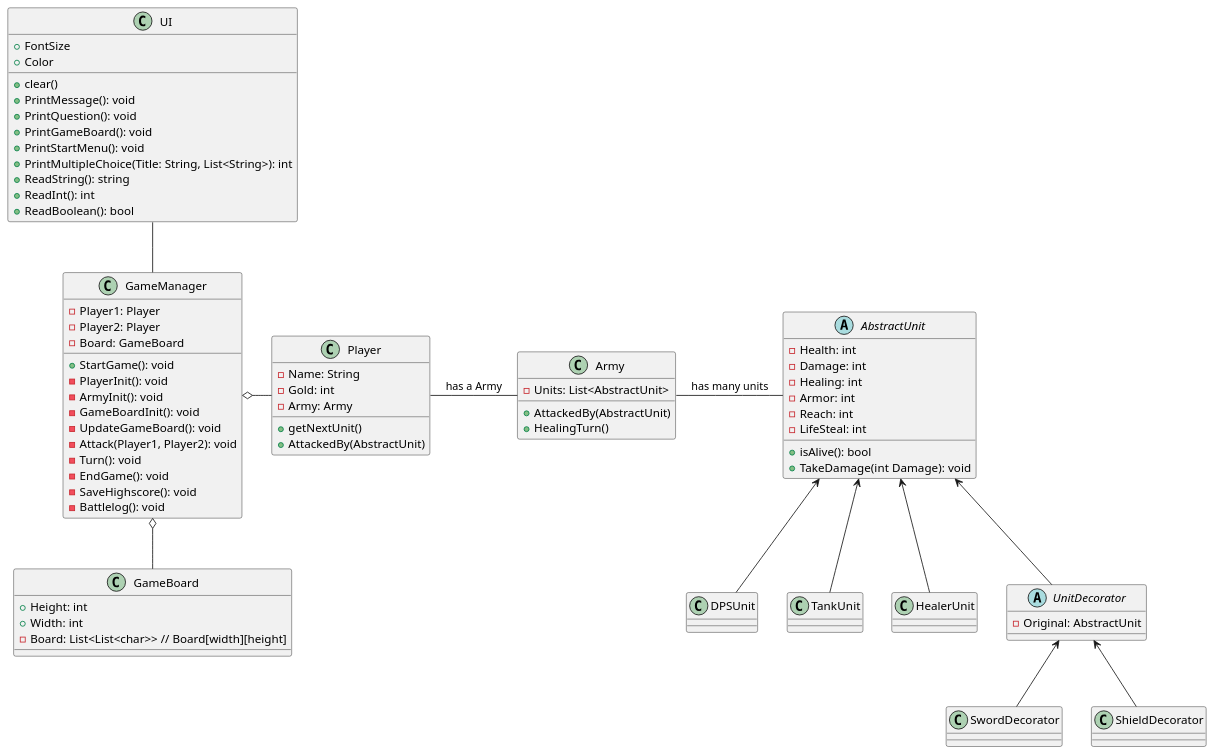
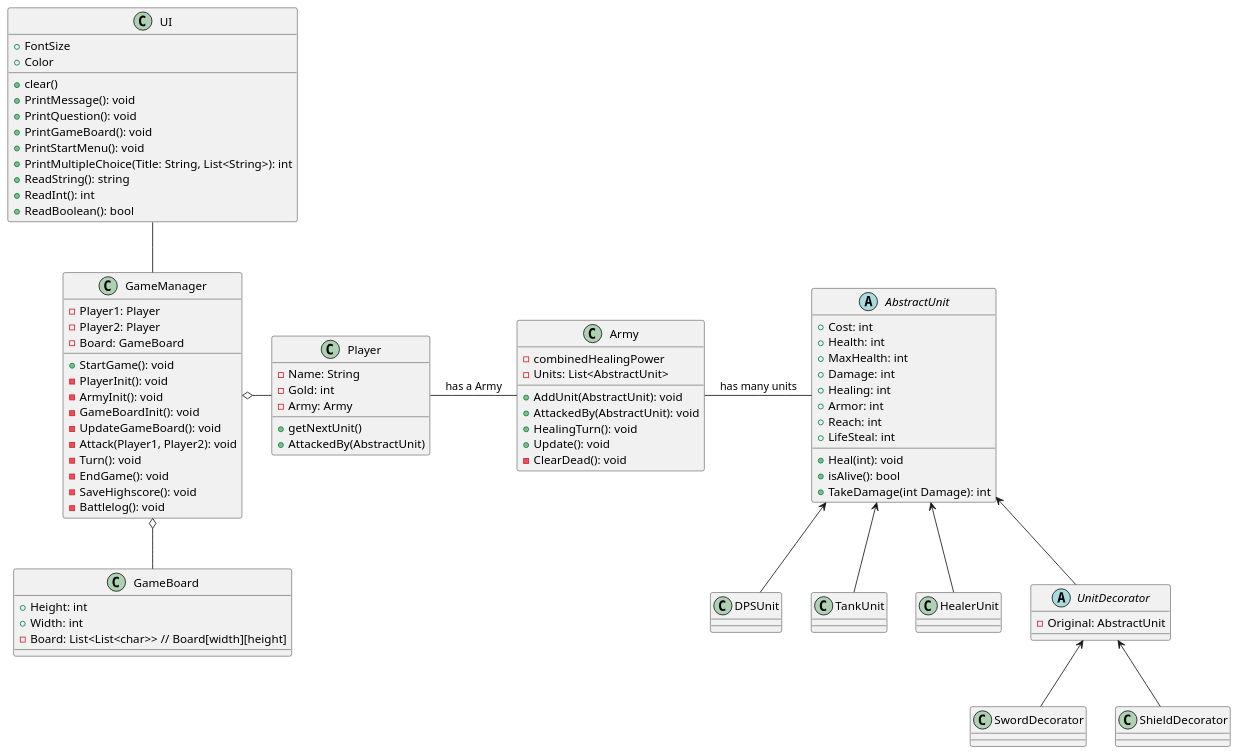
One commit to Fargekritt/SoftwareDesignEksamen changed the diagram in SoftwareDesignEksamen/Eksamen.puml. Above: the diagram before and after it, drawn with PlantUML.

Commit message:
Updated UML

```diff
--- a/SoftwareDesignEksamen/Eksamen.puml
+++ b/SoftwareDesignEksamen/Eksamen.puml
@@ -1,84 +1,91 @@
 @startuml
 'https://plantuml.com/class-diagram
 class UI{
 + FontSize
 + Color
 + clear()
 + PrintMessage(): void
 + PrintQuestion(): void
 + PrintGameBoard(): void
 + PrintStartMenu(): void
 + PrintMultipleChoice(Title: String, List<String>): int
 + ReadString(): string
 + ReadInt(): int
 + ReadBoolean(): bool
 }
 class GameManager{
 - Player1: Player
 - Player2: Player
 - Board: GameBoard 
 + StartGame(): void
 - PlayerInit(): void
 - ArmyInit(): void
 - GameBoardInit(): void
 - UpdateGameBoard(): void
 - Attack(Player1, Player2): void
 - Turn(): void
 - EndGame(): void
 - SaveHighscore(): void
 - Battlelog(): void
 }
 class GameBoard{
 + Height: int
 + Width: int
 - Board: List<List<char>> // Board[width][height]
 }
 
 
 class Army {
+- combinedHealingPower
 - Units: List<AbstractUnit>
-+ AttackedBy(AbstractUnit)
-+ HealingTurn()
++ AddUnit(AbstractUnit): void
++ AttackedBy(AbstractUnit): void
++ HealingTurn(): void
++ Update(): void
+- ClearDead(): void
 }
 class Player{
 - Name: String
 - Gold: int
 - Army: Army
 + getNextUnit()
 + AttackedBy(AbstractUnit)
 }
 
 abstract class AbstractUnit{
-- Health: int
-- Damage: int
-- Healing: int
-- Armor: int
-- Reach: int
-- LifeSteal: int
++ Cost: int
++ Health: int
++ MaxHealth: int
++ Damage: int
++ Healing: int
++ Armor: int
++ Reach: int
++ Heal(int): void
++ LifeSteal: int
 + isAlive(): bool
-+ TakeDamage(int Damage): void
++ TakeDamage(int Damage): int
 }
 class DPSUnit
 class TankUnit
 class HealerUnit
 abstract class UnitDecorator{
 - Original: AbstractUnit
 }
 class SwordDecorator
 class ShieldDecorator
 
 UI -- GameManager
 GameManager o- Player
 GameManager o-- GameBoard
 Player - Army : has a Army
 Army - AbstractUnit : has many units
 AbstractUnit <-- DPSUnit
 AbstractUnit <-- TankUnit
 AbstractUnit <-- HealerUnit
 AbstractUnit <-- UnitDecorator
 UnitDecorator <-- ShieldDecorator
 UnitDecorator <-- SwordDecorator
 
 
 
 @enduml
```
